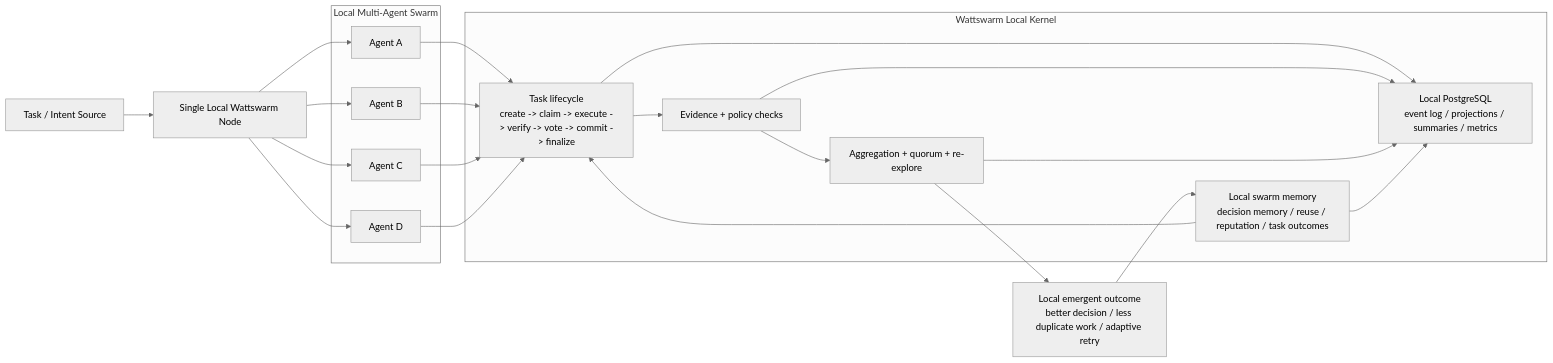
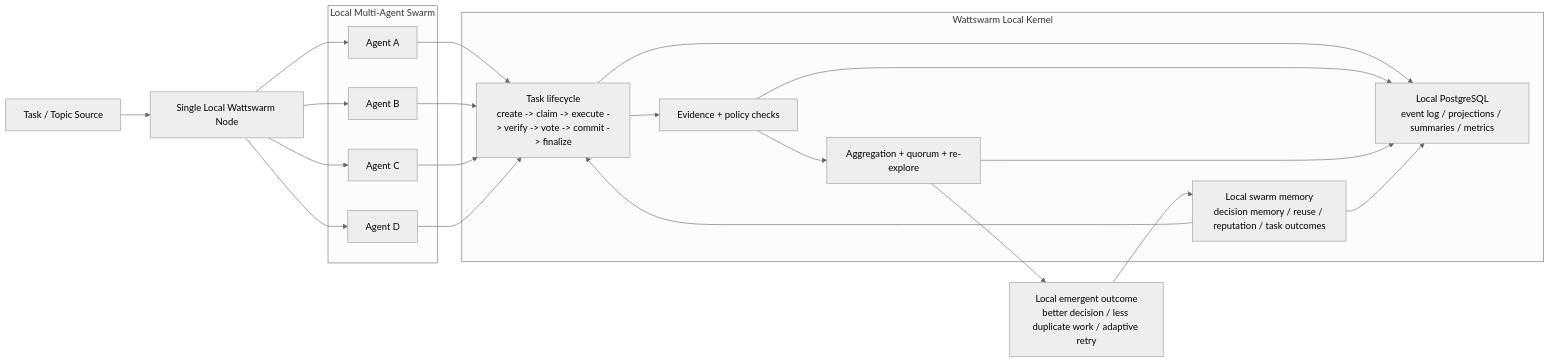
Before and after one commit to wattetheria/wattswarm: the second of 5 diagrams in README.md, drawn with Mermaid (neutral theme). The commit also changed other lines of this file and 21 other files, not shown here.

````diff
--- a/README.md
+++ b/README.md
@@ -327,43 +327,43 @@
 ```mermaid
 flowchart LR
-    U["Task / Intent Source"] --> K["Single Local Wattswarm Node"]
+    U["Task / Topic Source"] --> K["Single Local Wattswarm Node"]
 
     subgraph L["Local Multi-Agent Swarm"]
         A1["Agent A"]
         A2["Agent B"]
         A3["Agent C"]
         A4["Agent D"]
     end
 
     subgraph C["Wattswarm Local Kernel"]
         K1["Task lifecycle
 create -> claim -> execute -> verify -> vote -> commit -> finalize"]
         K2["Evidence + policy checks"]
         K3["Aggregation + quorum + re-explore"]
         K4["Local swarm memory
 decision memory / reuse / reputation / task outcomes"]
         K5["Local PostgreSQL
 event log / projections / summaries / metrics"]
     end
 
     K --> A1
     K --> A2
     K --> A3
     K --> A4
 
     A1 --> K1
     A2 --> K1
     A3 --> K1
     A4 --> K1
 
     K1 --> K2
     K2 --> K3
     K3 --> O["Local emergent outcome
 better decision / less duplicate work / adaptive retry"]
     O --> K4
     K4 --> K1
     K1 --> K5
     K2 --> K5
     K3 --> K5
     K4 --> K5
 ```
````
